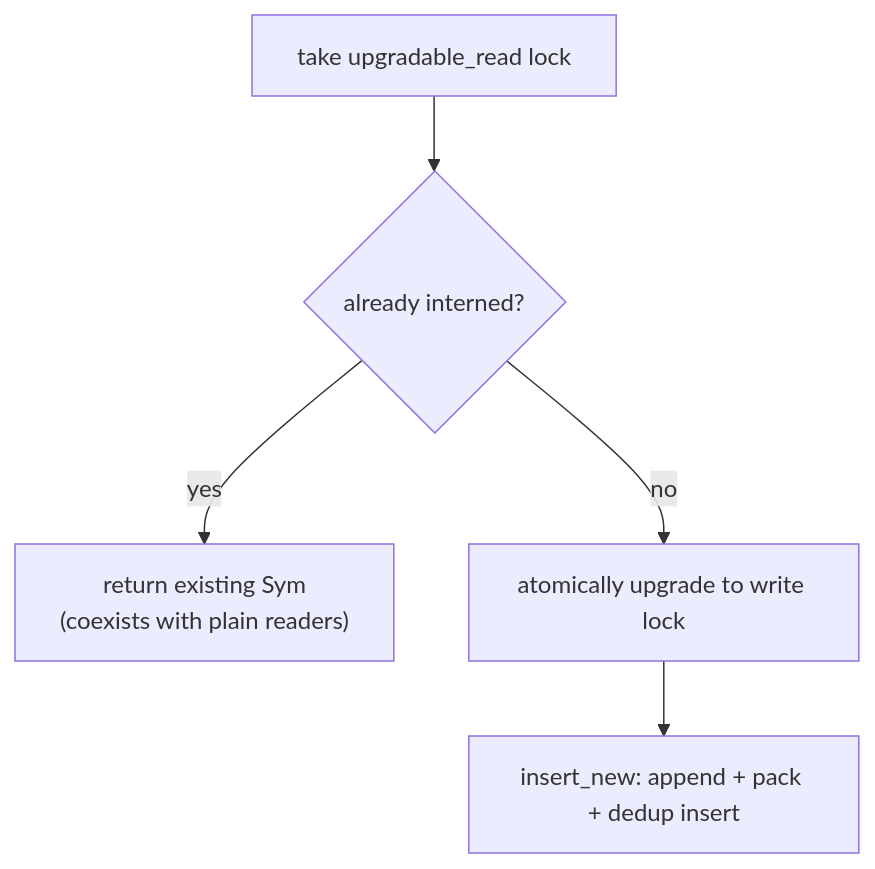
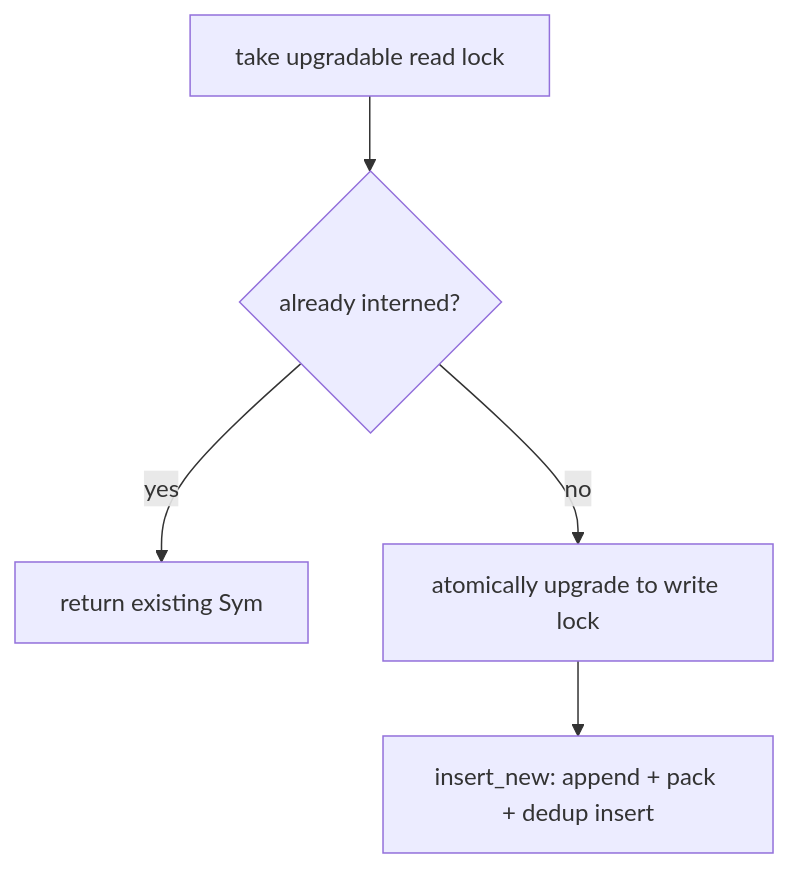
One commit to microsoft/oxidizer changed the sixth of 7 diagrams in crates/internity/docs/DESIGN.md. Above: the diagram before and after it, drawn with Mermaid. The commit also changed other lines of this file and 36 other files, not shown here.

````diff
--- a/crates/internity/docs/DESIGN.md
+++ b/crates/internity/docs/DESIGN.md
@@ -250,7 +250,7 @@
 ```mermaid
 flowchart TB
-    UP["take upgradable_read lock"] --> GET{"already interned?"}
-    GET -- yes --> HIT["return existing Sym<br/>(coexists with plain readers)"]
-    GET -- no --> UPG["atomically upgrade to write lock"]
-    UPG --> INS["insert_new: append + pack + dedup insert"]
+    RD["take upgradable read lock"] --> GET{"already interned?"}
+    GET -- yes --> HIT["return existing Sym"]
+    GET -- no --> WR["atomically upgrade to write lock"]
+    WR --> INS["insert_new: append + pack + dedup insert"]
 ```
````
